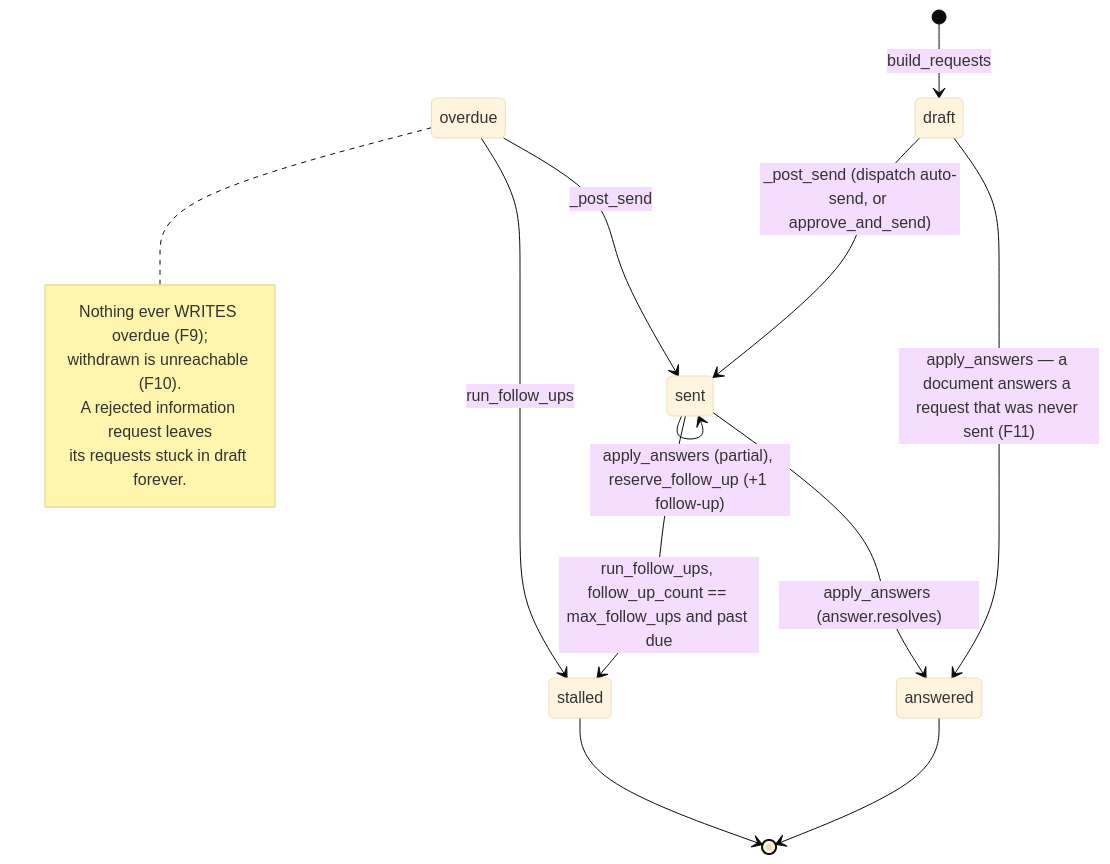
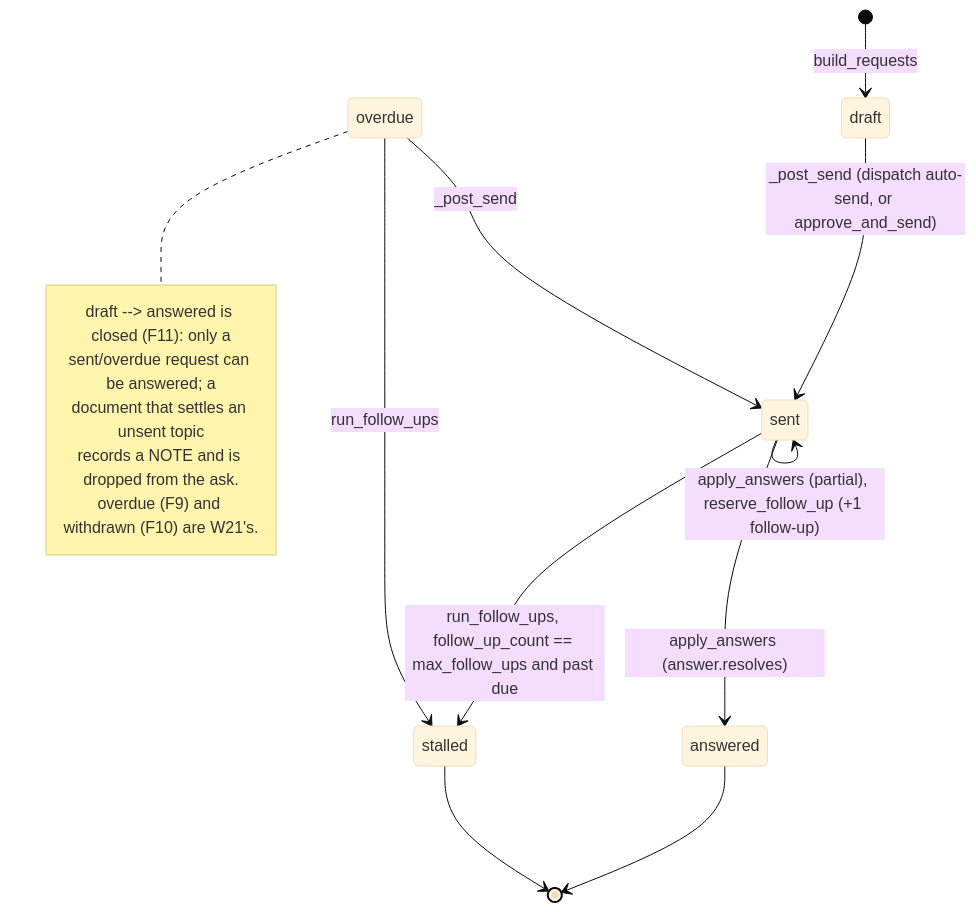
Before and after one commit to mpnikhil/DealSieve: the second of 5 diagrams in docs/STATE_MACHINE.md, drawn with Mermaid (base theme). The commit also changed other lines of this file and 15 other files, not shown here.

First line of the commit message:
Audit fixes (diligence side): gated Telegram approvals per draft, withdrawn requests on reject, wedge-free follow-ups, sweep for stuck mail and alerts

````diff
--- a/docs/STATE_MACHINE.md
+++ b/docs/STATE_MACHINE.md
@@ -257,19 +257,19 @@
 ```mermaid
 stateDiagram-v2
     [*] --> draft: build_requests
     draft --> sent: _post_send (dispatch auto-send, or approve_and_send)
-    draft --> answered: apply_answers — a document answers a request that was never sent (F11)
     sent --> answered: apply_answers (answer.resolves)
     sent --> sent: apply_answers (partial), reserve_follow_up (+1 follow-up)
     sent --> stalled: run_follow_ups, follow_up_count == max_follow_ups and past due
     overdue --> sent: _post_send
     overdue --> stalled: run_follow_ups
     answered --> [*]
     stalled --> [*]
     note right of overdue
-      Nothing ever WRITES overdue (F9);
-      withdrawn is unreachable (F10).
-      A rejected information request leaves
-      its requests stuck in draft forever.
+      draft --> answered is closed (F11): only a
+      sent/overdue request can be answered; a
+      document that settles an unsent topic
+      records a NOTE and is dropped from the ask.
+      overdue (F9) and withdrawn (F10) are W21's.
     end note
 ```
````
